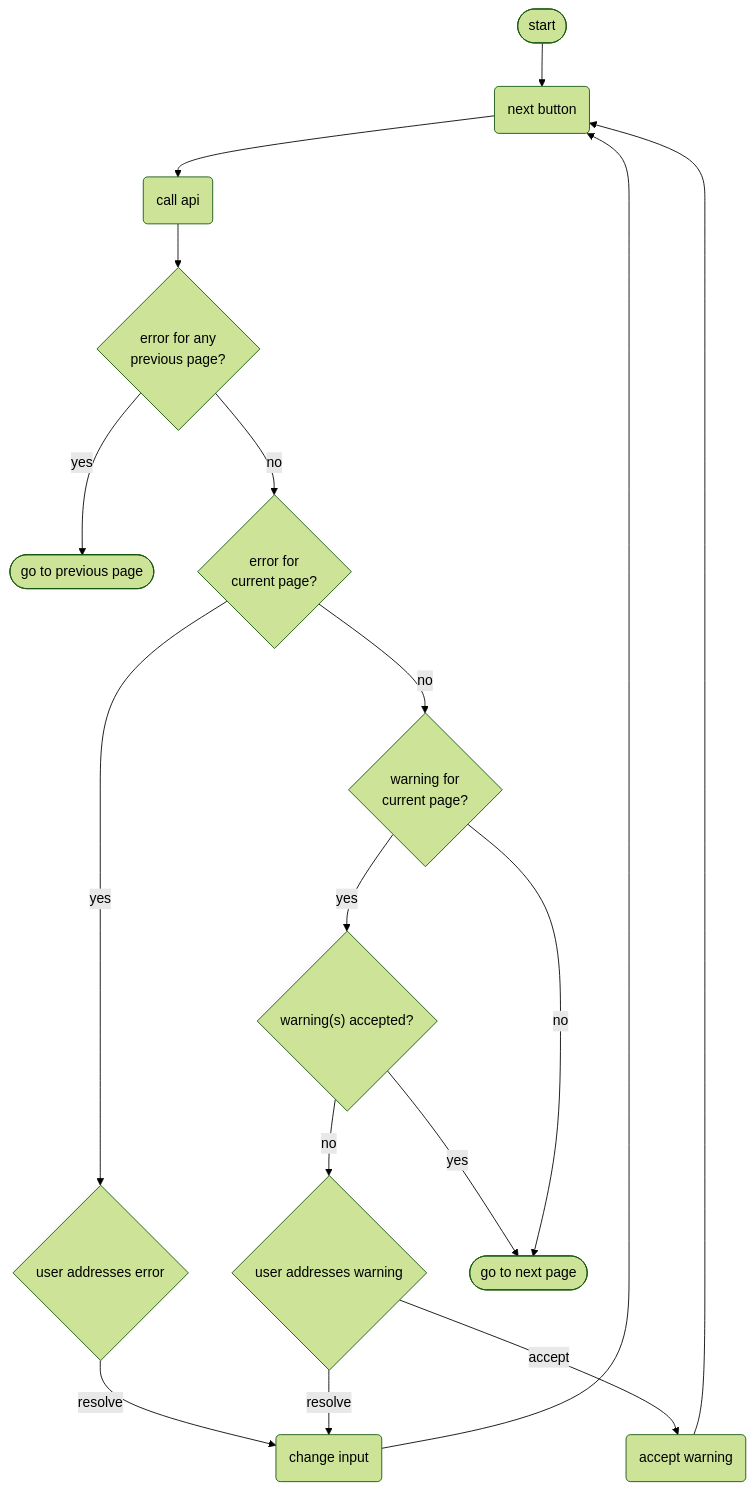
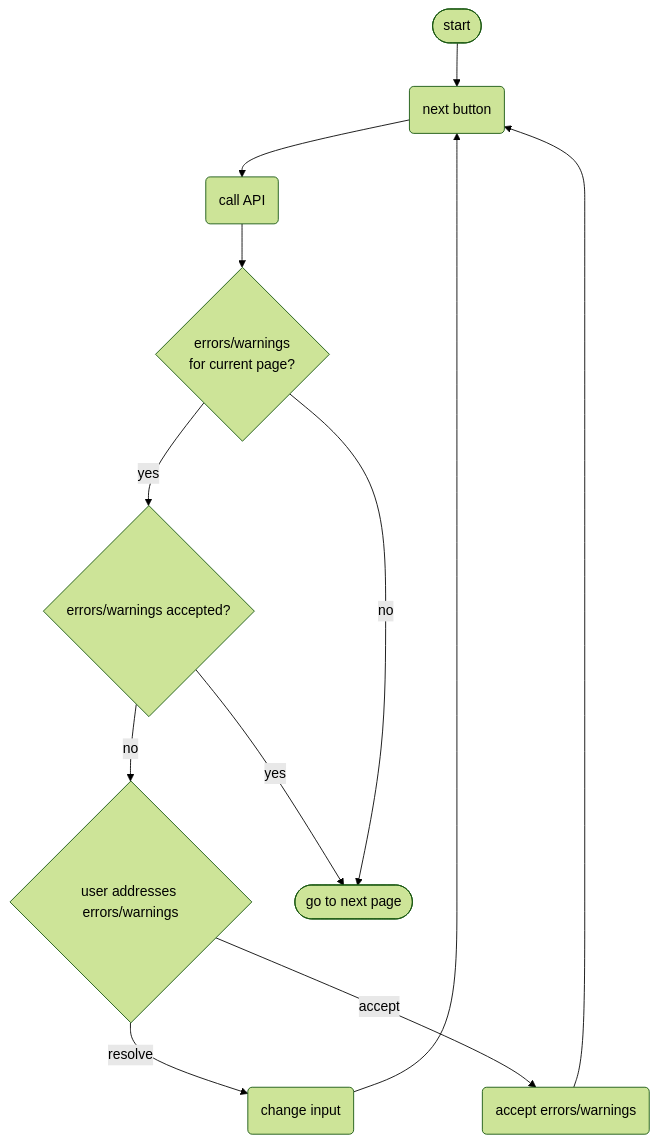
Before and after one commit to kiesraad/abacus: the third of 5 diagrams in documentatie/flowcharts/data-entry-forms.md, drawn with Mermaid (forest theme). The commit also changed other lines of this file, not shown here.

Commit message:
Updated data entry flowcharts

````diff
--- a/documentatie/flowcharts/data-entry-forms.md
+++ b/documentatie/flowcharts/data-entry-forms.md
@@ -117,46 +107,34 @@
 ```mermaid
 flowchart TD
 
     %% elements
     flow-start([start])
-    go-to-prev-page([go to previous page])
 
-    error-any-prev-page{"error for any <br/> previous page?"}
-    error-cur-page{"error for <br/> current page?"}
-    warning-cur-page{"warning for <br/> current page?"}
-    warnings-accepted{"warning(s) accepted?"}
-    user-addresses-error{user addresses error}
-
-    user-addresses-warning{user addresses warning}
+    errors-warnings-cur-page{"errors/warnings <br/> for current page?"}
+    errors-warnings-accepted{"errors/warnings accepted?"}
+    user-addresses-errors-warnings{user addresses errors/warnings}
 
     next-button(next button)
-    call-api(call api)
+    call-api(call API)
     change-input(change input)
-    accept-warning(accept warning)
+    accept-errors-warnings(accept errors/warnings)
 
     go-to-next-page([go to next page])
 
     %% flow
     flow-start --> next-button
     next-button --> call-api
-    call-api --> error-any-prev-page
+    call-api --> errors-warnings-cur-page
 
-    error-any-prev-page -- yes --> go-to-prev-page
-
-    error-any-prev-page -- no --> error-cur-page
-
-    error-cur-page -- yes --> user-addresses-error
+    errors-warnings-cur-page -- yes --> errors-warnings-accepted
     
-    user-addresses-error -- resolve --> change-input
+    user-addresses-errors-warnings -- resolve --> change-input
+    user-addresses-errors-warnings -- accept --> accept-errors-warnings
     change-input --> next-button
 
-    error-cur-page -- no --> warning-cur-page
-    warning-cur-page -- yes --> warnings-accepted
-    warnings-accepted -- no --> user-addresses-warning
-    warnings-accepted -- yes --> go-to-next-page
-    user-addresses-warning -- resolve --> change-input
-    user-addresses-warning -- accept --> accept-warning
-    accept-warning --> next-button
+    errors-warnings-accepted -- no --> user-addresses-errors-warnings
+    errors-warnings-accepted -- yes --> go-to-next-page
+    accept-errors-warnings --> next-button
 
-    warning-cur-page -- no --> go-to-next-page
+    errors-warnings-cur-page -- no --> go-to-next-page
 ```
````
